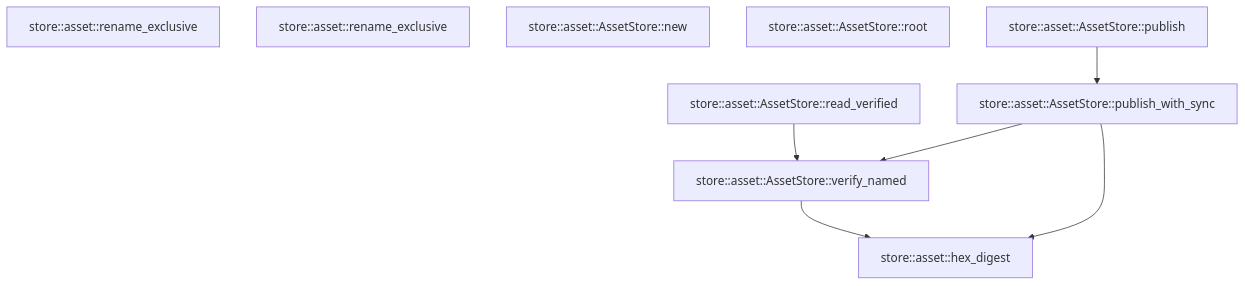
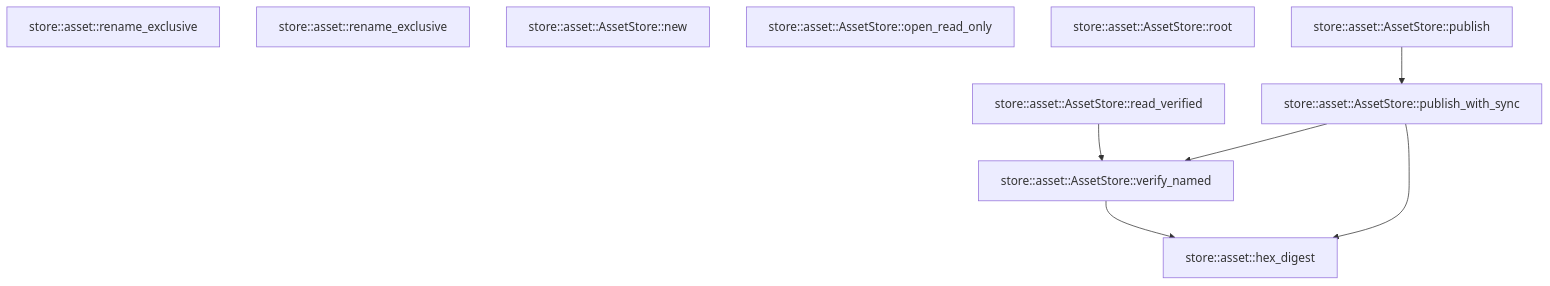
The diagram in crates/store/docs/generated/src--asset.md (TekesApps/TekesKernel), drawn with Mermaid before and after one commit. The commit also changed other lines of this file and 38 other files, not shown here.

First line of the commit message:
Release Kernel 0.9.1 with read-only bounded child history (#82)

````diff
--- a/crates/store/docs/generated/src--asset.md
+++ b/crates/store/docs/generated/src--asset.md
@@ -59,17 +60,18 @@
 ```mermaid
 flowchart TD
-  n0["store::asset::AssetStore::read_verified"]
-  n1["store::asset::rename_exclusive"]
+  n0["store::asset::AssetStore::verify_named"]
+  n1["store::asset::AssetStore::read_verified"]
   n2["store::asset::rename_exclusive"]
-  n3["store::asset::hex_digest"]
-  n4["store::asset::AssetStore::new"]
-  n5["store::asset::AssetStore::root"]
-  n6["store::asset::AssetStore::publish"]
-  n7["store::asset::AssetStore::publish_with_sync"]
-  n8["store::asset::AssetStore::verify_named"]
-  n0 --> n8
-  n6 --> n7
-  n7 --> n3
-  n7 --> n8
-  n8 --> n3
+  n3["store::asset::rename_exclusive"]
+  n4["store::asset::hex_digest"]
+  n5["store::asset::AssetStore::new"]
+  n6["store::asset::AssetStore::open_read_only"]
+  n7["store::asset::AssetStore::root"]
+  n8["store::asset::AssetStore::publish"]
+  n9["store::asset::AssetStore::publish_with_sync"]
+  n0 --> n4
+  n1 --> n0
+  n8 --> n9
+  n9 --> n0
+  n9 --> n4
 ```
````
